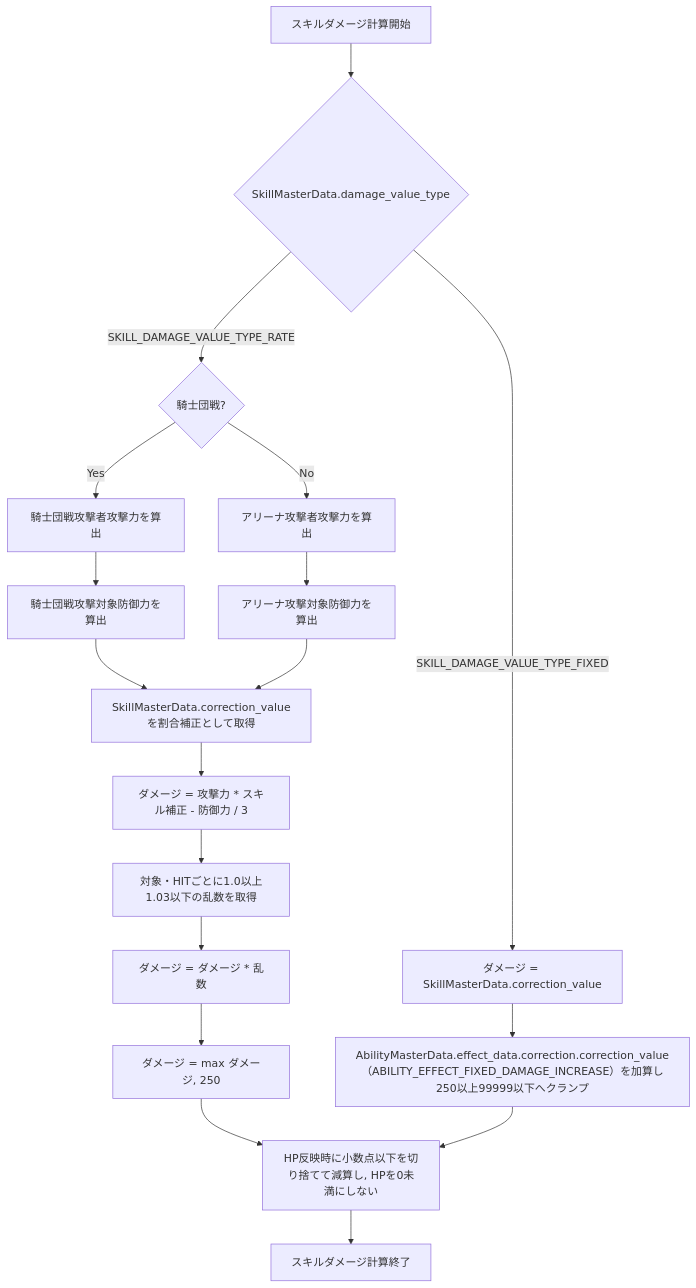
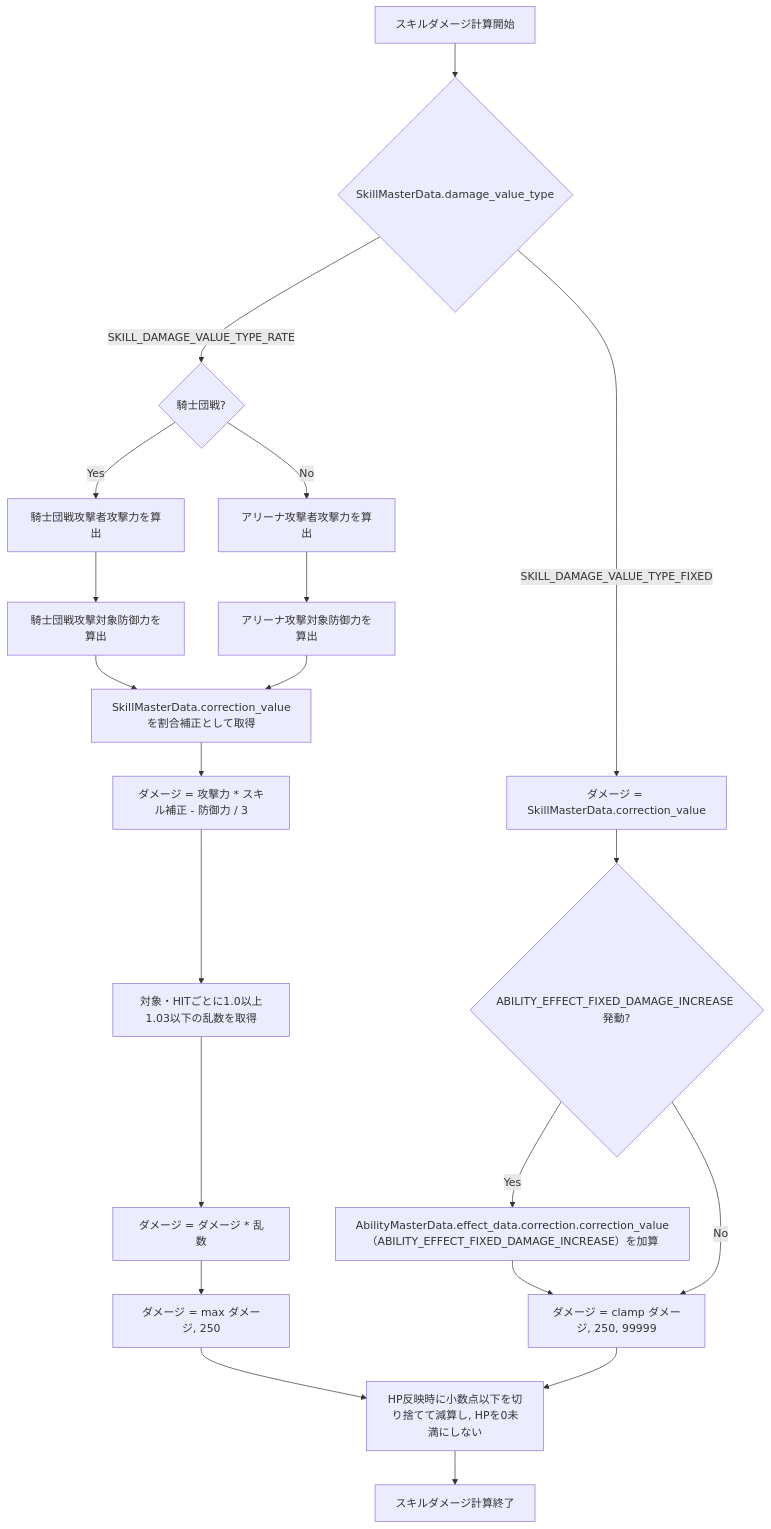
Before and after one commit to ReHydrangeaOdyssey/Specifications: the fourth of 5 diagrams in design/game/battle.md, drawn with Mermaid. The commit also changed other lines of this file and 1 other file, not shown here.

````diff
--- a/design/game/battle.md
+++ b/design/game/battle.md
@@ -124,26 +125,31 @@
 ```mermaid
 flowchart TD;
     Start[スキルダメージ計算開始];
     DamageType{SkillMasterData.damage_value_type};
     Mode{騎士団戦?};
     GuildAttack[騎士団戦攻撃者攻撃力を算出];
     GuildDefense[騎士団戦攻撃対象防御力を算出];
     ArenaAttack[アリーナ攻撃者攻撃力を算出];
     ArenaDefense[アリーナ攻撃対象防御力を算出];
     Correction[SkillMasterData.correction_valueを割合補正として取得];
     Base[ダメージ = 攻撃力 * スキル補正 - 防御力 / 3];
     Random[対象・HITごとに1.0以上1.03以下の乱数を取得];
     RandomDamage[ダメージ = ダメージ * 乱数];
     Min[ダメージ = max ダメージ, 250];
     Fixed[ダメージ = SkillMasterData.correction_value];
-    FixedIncrease[AbilityMasterData.effect_data.correction.correction_value（ABILITY_EFFECT_FIXED_DAMAGE_INCREASE）を加算し250以上99999以下へクランプ];
+    CheckFixedIncrease{ABILITY_EFFECT_FIXED_DAMAGE_INCREASE 発動?};
+    FixedIncrease[AbilityMasterData.effect_data.correction.correction_value（ABILITY_EFFECT_FIXED_DAMAGE_INCREASE）を加算];
+    FixedClamp[ダメージ = clamp ダメージ, 250, 99999];
     Apply[HP反映時に小数点以下を切り捨てて減算し, HPを0未満にしない];
     End[スキルダメージ計算終了];
 
     Start --> DamageType;
     DamageType -- SKILL_DAMAGE_VALUE_TYPE_RATE --> Mode;
     Mode -- Yes --> GuildAttack --> GuildDefense --> Correction;
     Mode -- No --> ArenaAttack --> ArenaDefense --> Correction;
     Correction --> Base --> Random --> RandomDamage --> Min --> Apply --> End;
-    DamageType -- SKILL_DAMAGE_VALUE_TYPE_FIXED --> Fixed --> FixedIncrease --> Apply;
+    DamageType -- SKILL_DAMAGE_VALUE_TYPE_FIXED --> Fixed --> CheckFixedIncrease;
+    CheckFixedIncrease -- Yes --> FixedIncrease --> FixedClamp;
+    CheckFixedIncrease -- No --> FixedClamp;
+    FixedClamp --> Apply;
 ```
````
